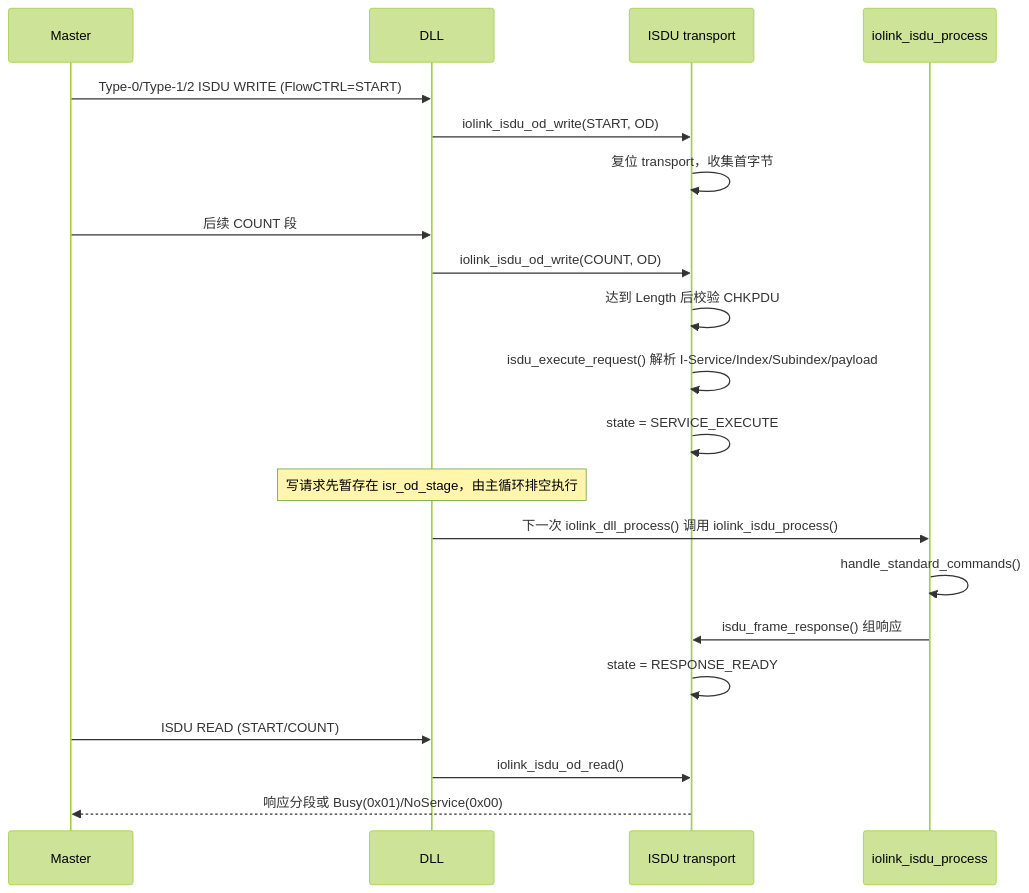
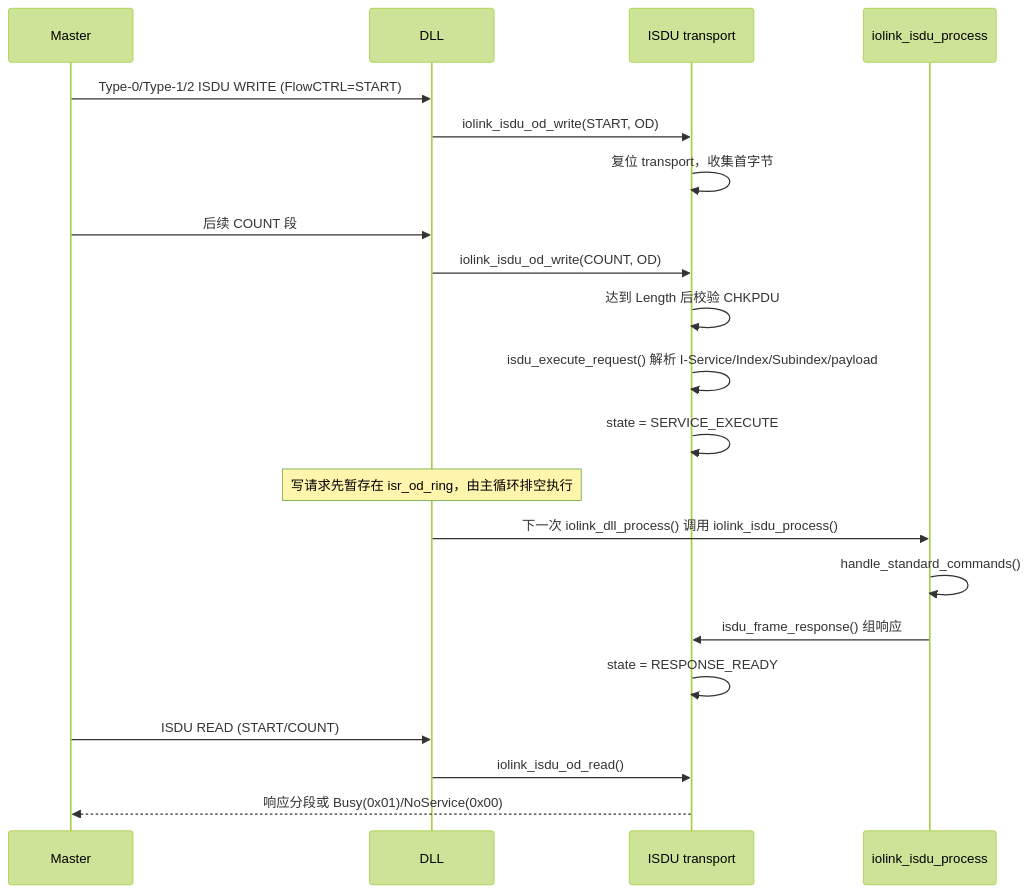
Before and after one commit to Adlyq/iolinki: the tenth of 16 diagrams in docs/CODE_FLOW.md, drawn with Mermaid (forest theme). The commit also changed other lines of this file and 4 other files, not shown here.

````diff
--- a/docs/CODE_FLOW.md
+++ b/docs/CODE_FLOW.md
@@ -460,24 +460,24 @@
 ```mermaid
 sequenceDiagram
     participant M as Master
     participant D as DLL
     participant T as ISDU transport
     participant S as iolink_isdu_process
 
     M->>D: Type-0/Type-1/2 ISDU WRITE (FlowCTRL=START)
     D->>T: iolink_isdu_od_write(START, OD)
     T->>T: 复位 transport，收集首字节
     M->>D: 后续 COUNT 段
     D->>T: iolink_isdu_od_write(COUNT, OD)
     T->>T: 达到 Length 后校验 CHKPDU
     T->>T: isdu_execute_request() 解析 I-Service/Index/Subindex/payload
     T->>T: state = SERVICE_EXECUTE
-    Note over D: 写请求先暂存在 isr_od_stage，由主循环排空执行
+    Note over D: 写请求先暂存在 isr_od_ring，由主循环排空执行
     D->>S: 下一次 iolink_dll_process() 调用 iolink_isdu_process()
     S->>S: handle_standard_commands()
     S->>T: isdu_frame_response() 组响应
     T->>T: state = RESPONSE_READY
     M->>D: ISDU READ (START/COUNT)
     D->>T: iolink_isdu_od_read()
     T-->>M: 响应分段或 Busy(0x01)/NoService(0x00)
 ```
````
